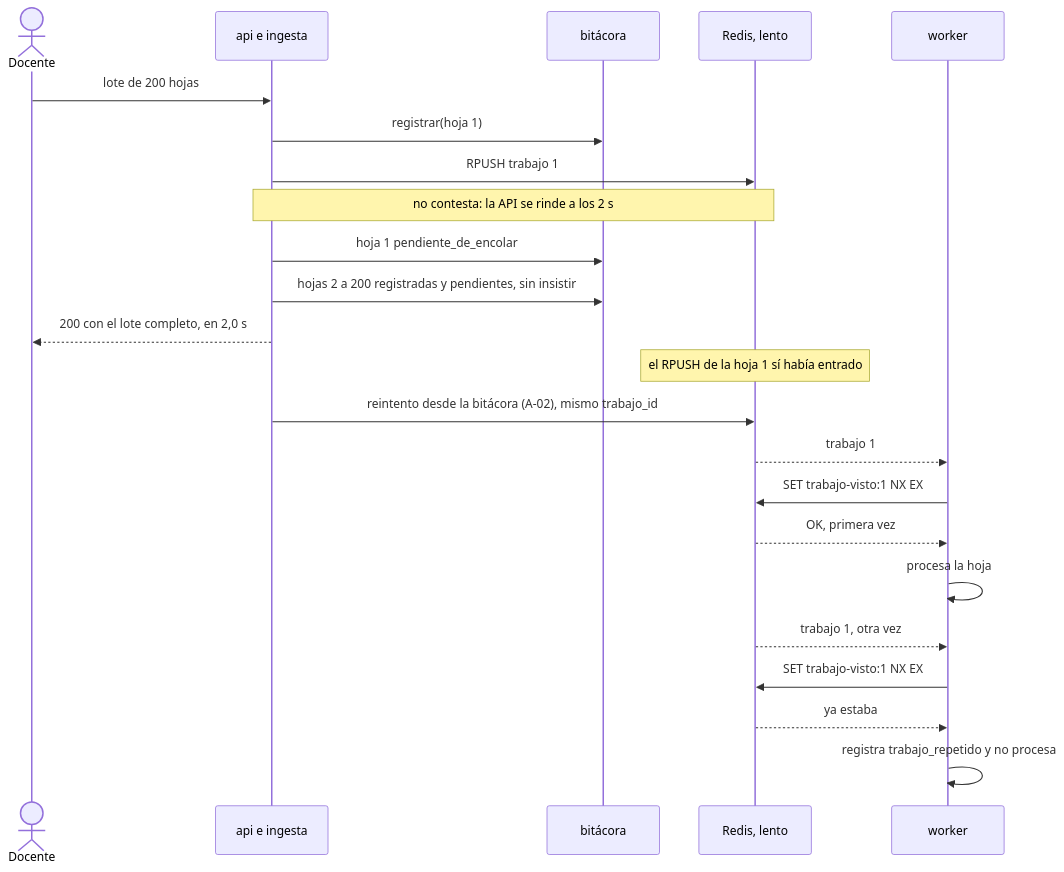
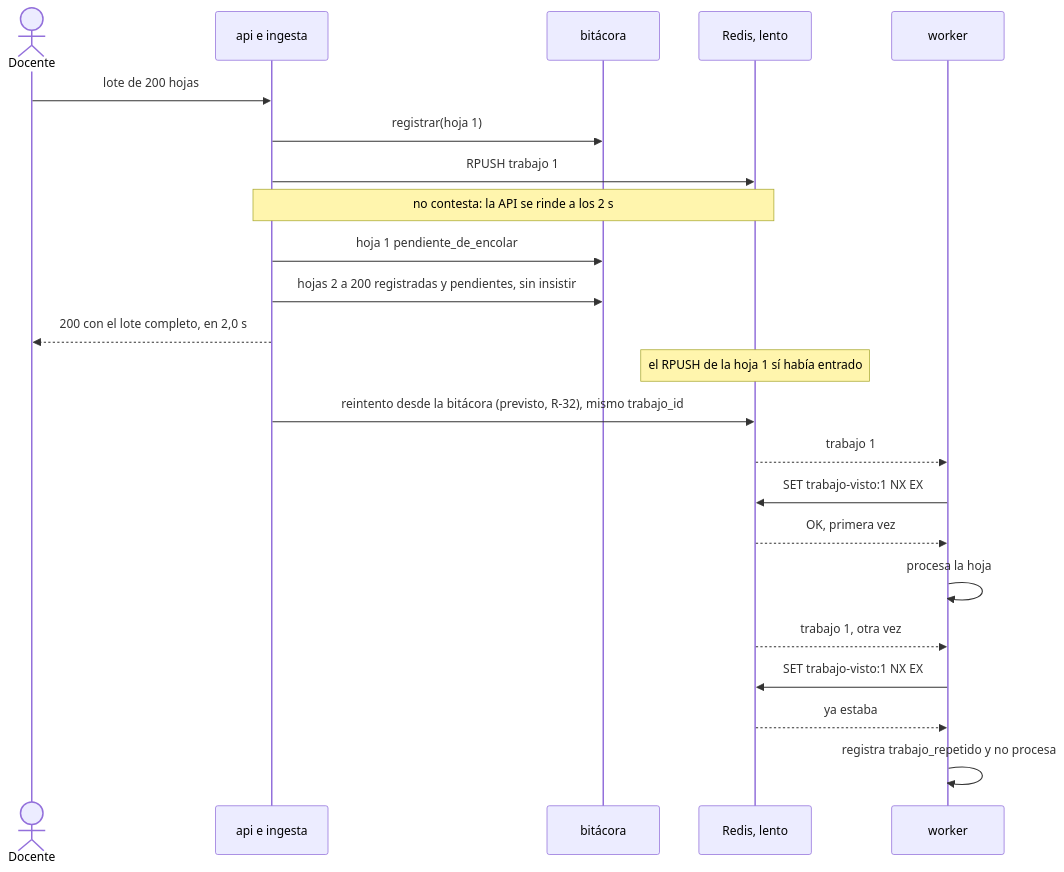
Before and after one commit to ISCOUTB/AS_202620_Sistema-de-calificacion-automatica: the third of 8 diagrams in docs/arc42/arc42-template-ES.md, drawn with Mermaid. The commit also changed other lines of this file, not shown here.

````diff
--- a/docs/arc42/arc42-template-ES.md
+++ b/docs/arc42/arc42-template-ES.md
@@ -615,25 +657,25 @@
 ```mermaid
 sequenceDiagram
     actor D as Docente
     participant API as api e ingesta
     participant B as bitácora
     participant R as Redis, lento
     participant W as worker
     D->>API: lote de 200 hojas
     API->>B: registrar(hoja 1)
     API->>R: RPUSH trabajo 1
     Note over API,R: no contesta: la API se rinde a los 2 s
     API->>B: hoja 1 pendiente_de_encolar
     API->>B: hojas 2 a 200 registradas y pendientes, sin insistir
     API-->>D: 200 con el lote completo, en 2,0 s
     Note over R: el RPUSH de la hoja 1 sí había entrado
-    API->>R: reintento desde la bitácora (A-02), mismo trabajo_id
+    API->>R: reintento desde la bitácora (previsto, R-32), mismo trabajo_id
     R-->>W: trabajo 1
     W->>R: SET trabajo-visto:1 NX EX
     R-->>W: OK, primera vez
     W->>W: procesa la hoja
     R-->>W: trabajo 1, otra vez
     W->>R: SET trabajo-visto:1 NX EX
     R-->>W: ya estaba
     W->>W: registra trabajo_repetido y no procesa
 ```
````
